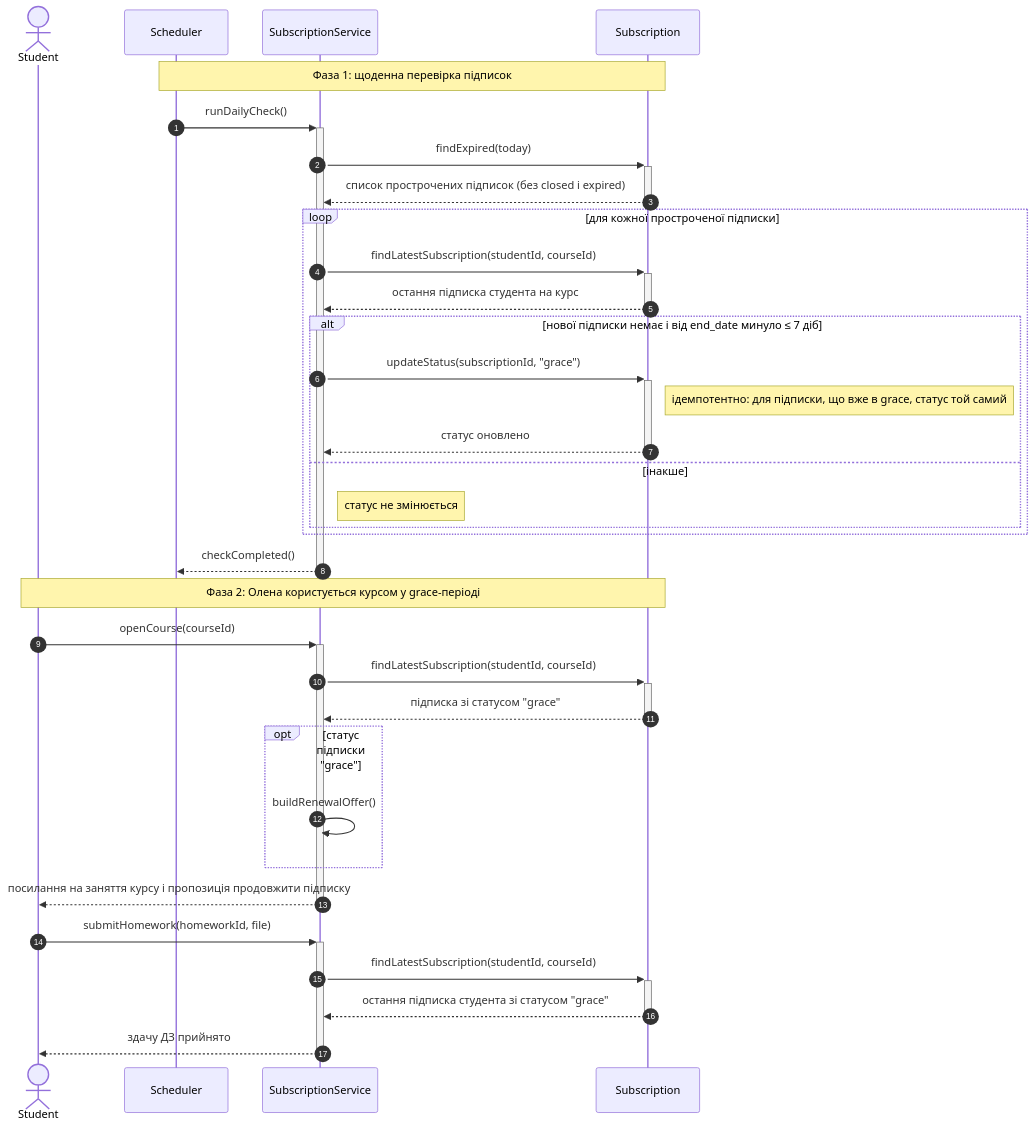
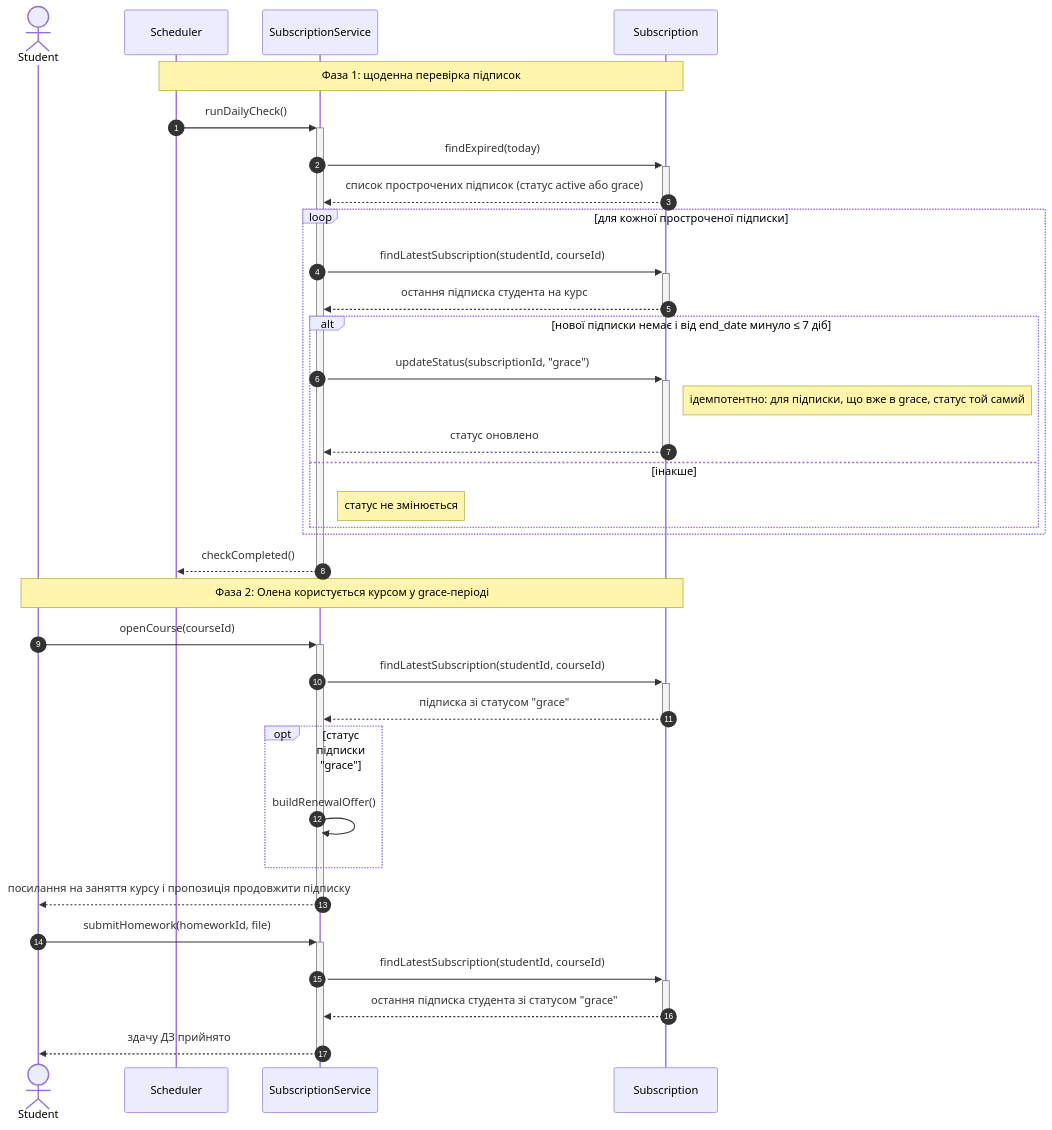
The diagram in Sequence Diagram/diagram-req-31.mmd (grmaryna/MathHub), drawn with Mermaid before and after one commit. The commit also changed 1 other file, not shown here.

Commit message:
зміна в діаграмі scheduler обробляє підписки active та grace

```diff
--- a/Sequence Diagram/diagram-req-31.mmd
+++ b/Sequence Diagram/diagram-req-31.mmd
@@ -1,42 +1,42 @@
 sequenceDiagram
     autonumber
     actor Student
     participant Scheduler
     participant SubscriptionService
     participant Subscription
 
     Note over Scheduler,Subscription: Фаза 1: щоденна перевірка підписок
 
     Scheduler->>+SubscriptionService: runDailyCheck()
     SubscriptionService->>+Subscription: findExpired(today)
-    Subscription-->>-SubscriptionService: список прострочених підписок (без closed і expired)
+    Subscription-->>-SubscriptionService: список прострочених підписок (статус active або grace)
 
     loop для кожної простроченої підписки
         SubscriptionService->>+Subscription: findLatestSubscription(studentId, courseId)
         Subscription-->>-SubscriptionService: остання підписка студента на курс
 
         alt нової підписки немає і від end_date минуло ≤ 7 діб
             SubscriptionService->>+Subscription: updateStatus(subscriptionId, "grace")
             Note right of Subscription: ідемпотентно: для підписки, що вже в grace, статус той самий
             Subscription-->>-SubscriptionService: статус оновлено
         else інакше
             Note right of SubscriptionService: статус не змінюється
         end
     end
     SubscriptionService-->>-Scheduler: checkCompleted()
 
     Note over Student,Subscription: Фаза 2: Олена користується курсом у grace-періоді
 
         Student->>+SubscriptionService: openCourse(courseId)
     SubscriptionService->>+Subscription: findLatestSubscription(studentId, courseId)
     Subscription-->>-SubscriptionService: підписка зі статусом "grace"
     opt статус підписки "grace"
         SubscriptionService->>SubscriptionService: buildRenewalOffer()
     end
     
     SubscriptionService-->>-Student: посилання на заняття курсу і пропозиція продовжити підписку
 
     Student->>+SubscriptionService: submitHomework(homeworkId, file)
     SubscriptionService->>+Subscription: findLatestSubscription(studentId, courseId)
     Subscription-->>-SubscriptionService: остання підписка студента зі статусом "grace"
     SubscriptionService-->>-Student: здачу ДЗ прийнято
```
